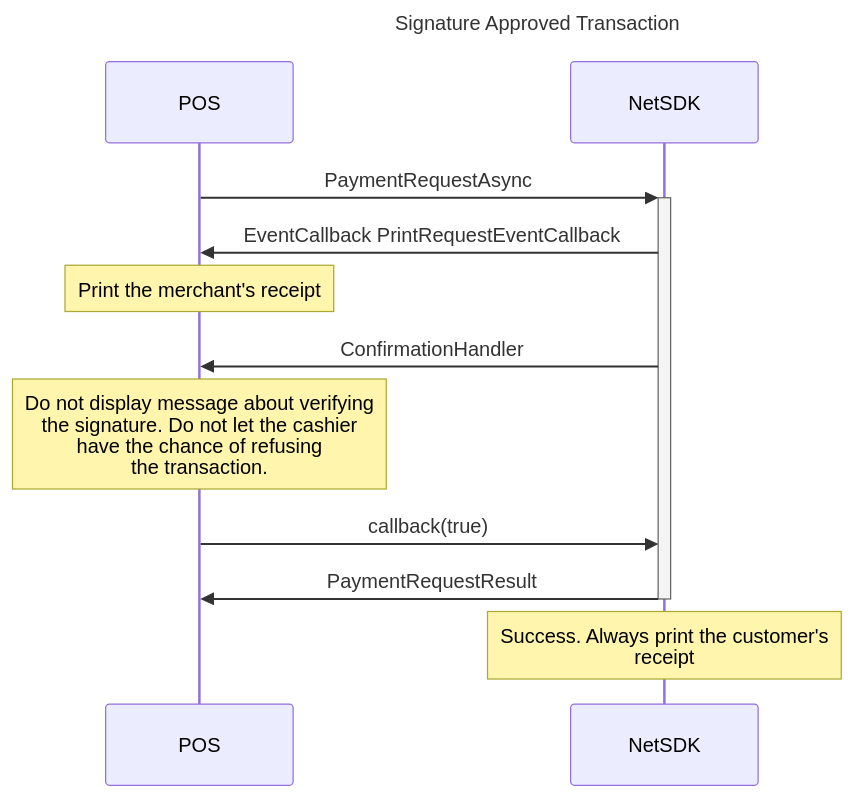
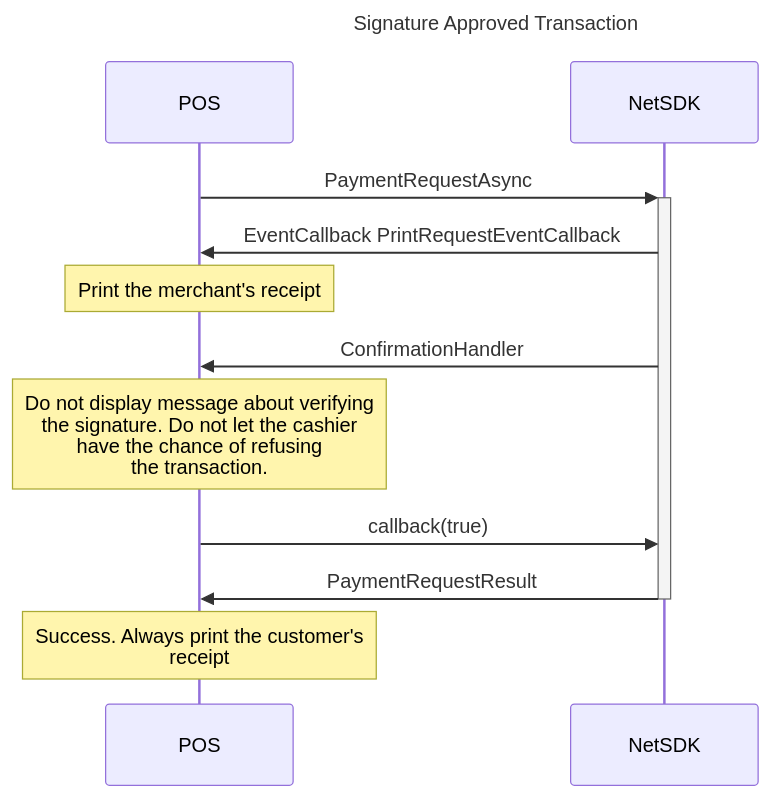
The diagram in pax-terminal/NET/tutorial/cvm-signature.md (SwedbankPay/developer.swedbankpay.com), drawn with Mermaid before and after one commit. The commit also changed 1 other file, not shown here.

Commit message:
DEVELOP-POS: editorial

````diff
--- a/pax-terminal/NET/tutorial/cvm-signature.md
+++ b/pax-terminal/NET/tutorial/cvm-signature.md
@@ -17,15 +17,15 @@
 ```mermaid
 sequenceDiagram
 title: Signature Approved Transaction
 participant POS
 participant NetSDK
 
 POS->>+NetSDK: PaymentRequestAsync
 NetSDK->>POS: EventCallback PrintRequestEventCallback
 Note over POS: Print the merchant's receipt
 NetSDK->>POS: ConfirmationHandler
 Note over POS: Do not display message about verifying<br>the signature. Do not let the cashier<br>have the chance of refusing<br>the transaction.
 POS->>NetSDK: callback(true)
 NetSDK->>-POS: PaymentRequestResult
-Note over NetSDK: Success. Always print the customer's<br>receipt
+Note over POS: Success. Always print the customer's<br>receipt
 ```
````
